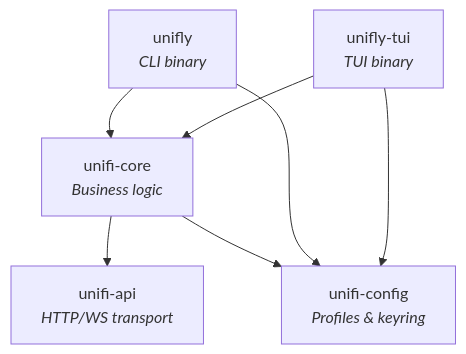
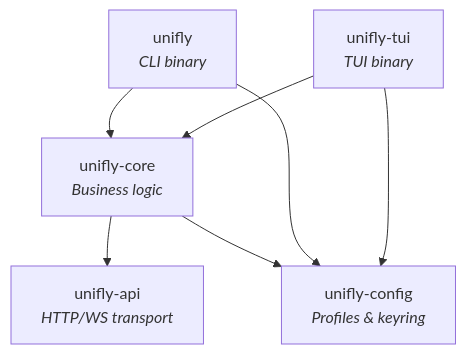
Before and after one commit to ksc98/unifly: the diagram in docs/architecture/index.md, drawn with Mermaid. The commit also changed other lines of this file and 4 other files, not shown here.

````diff
--- a/docs/architecture/index.md
+++ b/docs/architecture/index.md
@@ -7,15 +7,15 @@
 ```mermaid
 graph TD
     CLI["unifly<br/><i>CLI binary</i>"]
     TUI["unifly-tui<br/><i>TUI binary</i>"]
-    CORE["unifi-core<br/><i>Business logic</i>"]
-    API["unifi-api<br/><i>HTTP/WS transport</i>"]
-    CONFIG["unifi-config<br/><i>Profiles & keyring</i>"]
+    CORE["unifly-core<br/><i>Business logic</i>"]
+    API["unifly-api<br/><i>HTTP/WS transport</i>"]
+    CONFIG["unifly-config<br/><i>Profiles & keyring</i>"]
 
     CLI --> CORE
     TUI --> CORE
     CORE --> API
     CORE --> CONFIG
     CLI --> CONFIG
     TUI --> CONFIG
 ```
````
